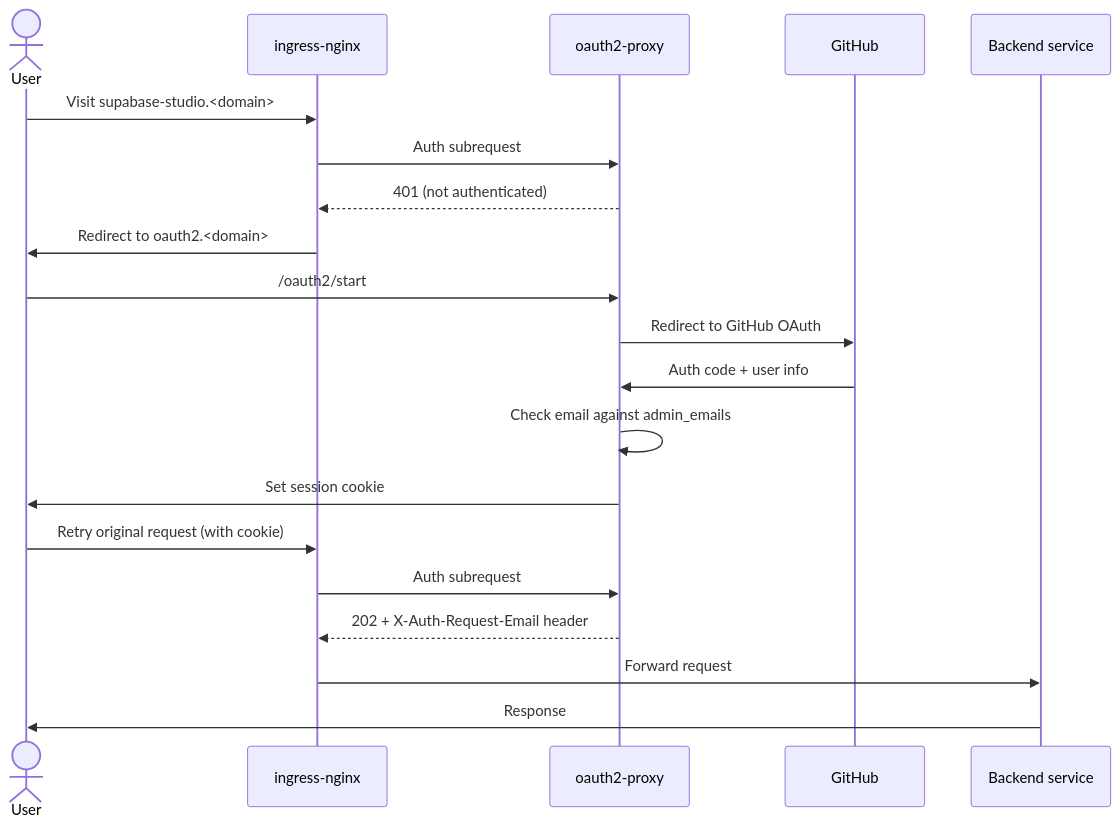
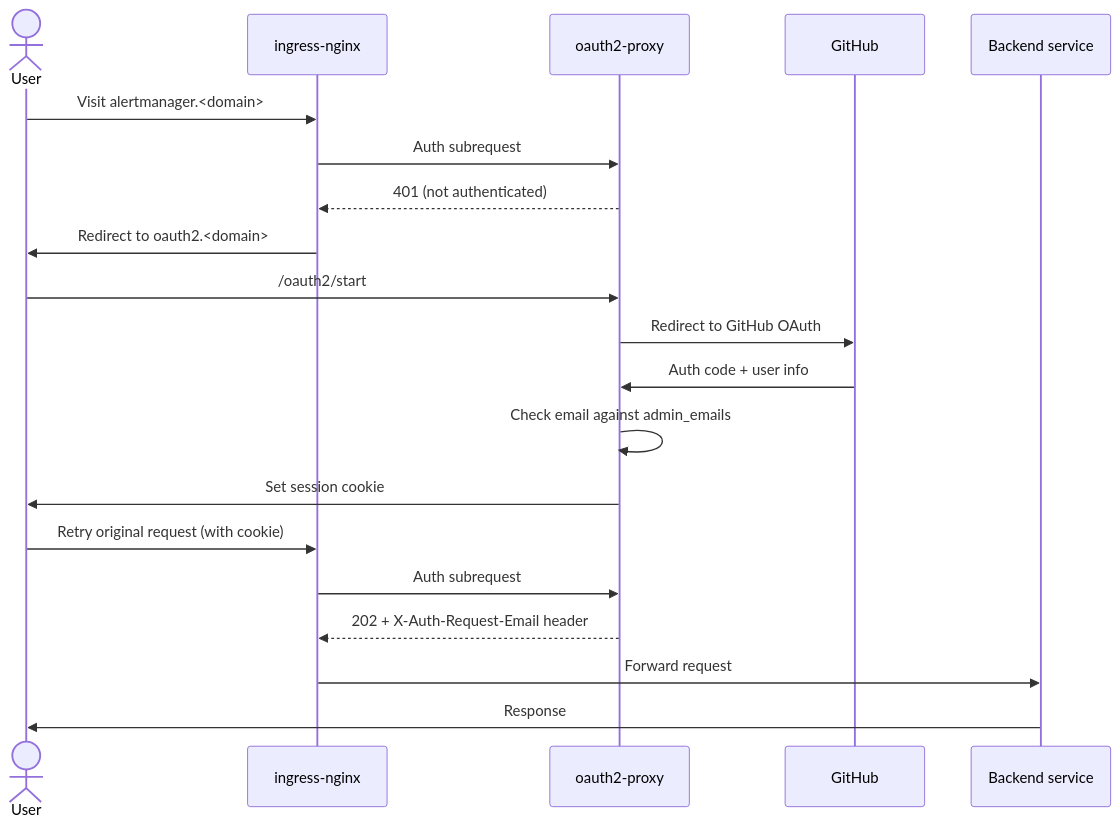
One commit to gilesknap/tpi-k3s-ansible changed the sixth of 7 diagrams in docs/explanations/authentication.md. Above: the diagram before and after it, drawn with Mermaid. The commit also changed other lines of this file and 101 other files, not shown here.

````diff
--- a/docs/explanations/authentication.md
+++ b/docs/explanations/authentication.md
@@ -276,23 +274,23 @@
 ```{mermaid}
 sequenceDiagram
     actor User
     participant NGINX as ingress-nginx
     participant OAP as oauth2-proxy
     participant GitHub
     participant Svc as Backend service
 
-    User->>NGINX: Visit supabase-studio.<domain>
+    User->>NGINX: Visit alertmanager.<domain>
     NGINX->>OAP: Auth subrequest
     OAP-->>NGINX: 401 (not authenticated)
     NGINX->>User: Redirect to oauth2.<domain>
     User->>OAP: /oauth2/start
     OAP->>GitHub: Redirect to GitHub OAuth
     GitHub->>OAP: Auth code + user info
     OAP->>OAP: Check email against admin_emails
     OAP->>User: Set session cookie
     User->>NGINX: Retry original request (with cookie)
     NGINX->>OAP: Auth subrequest
     OAP-->>NGINX: 202 + X-Auth-Request-Email header
     NGINX->>Svc: Forward request
     Svc->>User: Response
 ```
````
